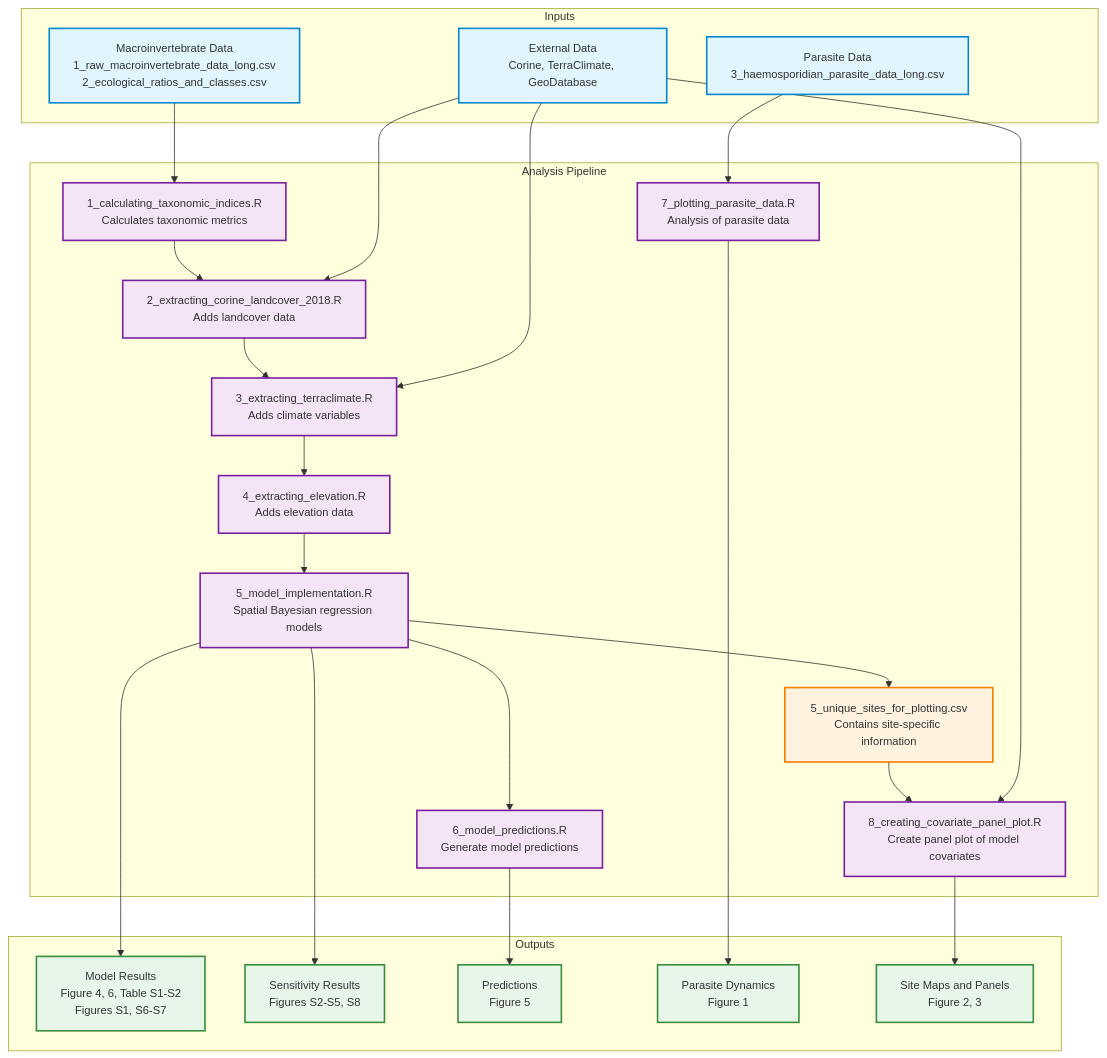
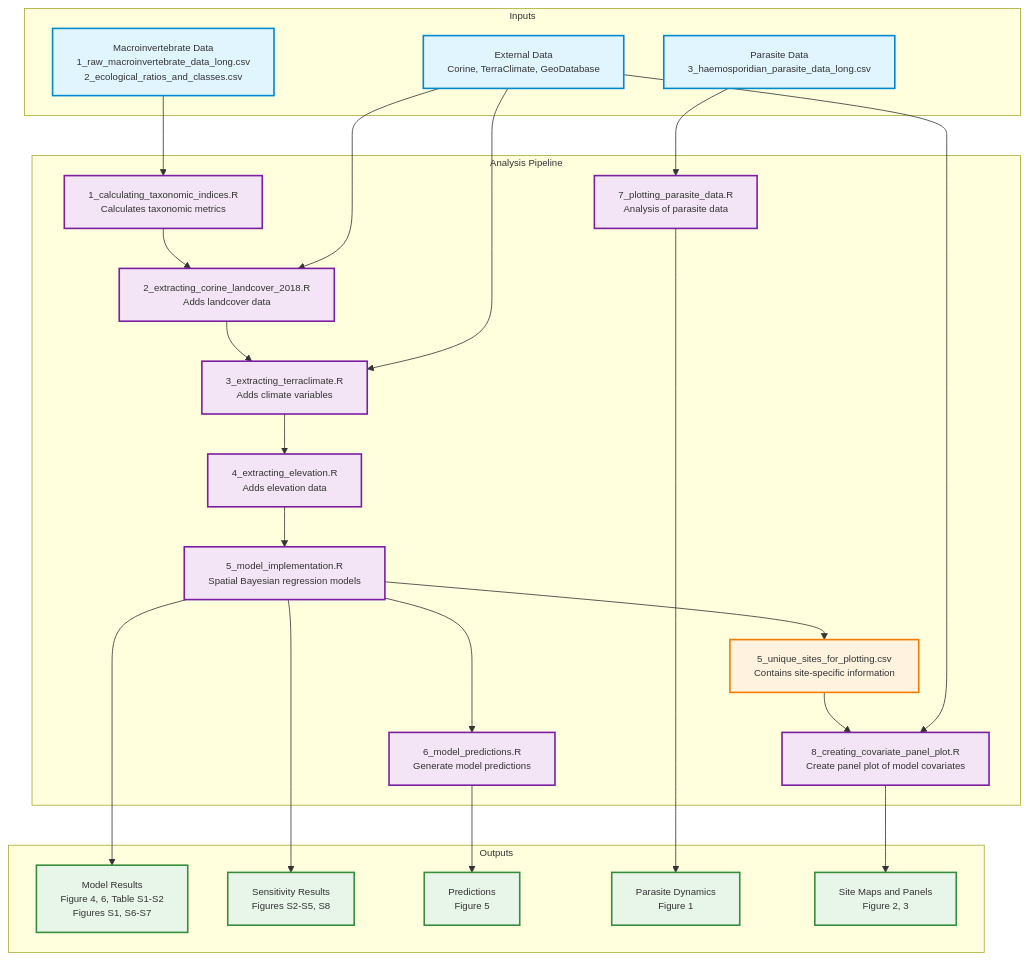
The diagram in README.md (HeeeyNathan/Predicting_vector_abundance_in_Lithuania), drawn with Mermaid before and after one commit.

Commit message:
reduced text size

````diff
--- a/README.md
+++ b/README.md
@@ -151,44 +151,44 @@
 ```mermaid
-%%{init: {'themeVariables': { 'fontSize': '14px'}}}%%
+%%{init: {'themeVariables': { 'fontSize': '12px'}}}%%
 %%{init: {'themeVariables': { 'nodePadding': 12}}}%%
 graph TD
     subgraph Inputs
         R["Macroinvertebrate Data<br/>1_raw_macroinvertebrate_data_long.csv<br/>2_ecological_ratios_and_classes.csv"]
         P["Parasite Data<br/>3_haemosporidian_parasite_data_long.csv"]
         E["External Data<br/>Corine, TerraClimate, GeoDatabase"]
     end
     
     subgraph Analysis Pipeline
         R --> S1["1_calculating_taxonomic_indices.R<br/>Calculates taxonomic metrics"]
         S1 --> S2["2_extracting_corine_landcover_2018.R<br/>Adds landcover data"]
         E --> S2
         S2 --> S3["3_extracting_terraclimate.R<br/>Adds climate variables"]
         E --> S3
         S3 --> S4["4_extracting_elevation.R<br/>Adds elevation data"]
         S4 --> S5["5_model_implementation.R<br/>Spatial Bayesian regression models"]
         S5 --> S6["6_model_predictions.R<br/>Generate model predictions"]
         S5 --> Sites["5_unique_sites_for_plotting.csv<br/>Contains site-specific information"]
         Sites --> S8["8_creating_covariate_panel_plot.R<br/>Create panel plot of model covariates"]
         E --> S8
         P --> S7["7_plotting_parasite_data.R<br/>Analysis of parasite data"]
     end
     
     subgraph Outputs
         S5 --> O1["Model Results<br/>Figure 4, 6, Table S1-S2<br/>Figures S1, S6-S7"]
         S5 --> O2["Sensitivity Results<br/>Figures S2-S5, S8"]
         S6 --> O3["Predictions<br/>Figure 5"]
         S7 --> O4["Parasite Dynamics<br/>Figure 1"]
         S8 --> O5["Site Maps and Panels<br/>Figure 2, 3"]
     end
     
     %% Styling
     classDef input fill:#e1f5fe,stroke:#0288d1,stroke-width:2px;
     classDef script fill:#f3e5f5,stroke:#7b1fa2,stroke-width:2px;
     classDef output fill:#e8f5e9,stroke:#388e3c,stroke-width:2px;
     classDef intermediate fill:#fff3e0,stroke:#f57c00,stroke-width:2px;
     
     class R,P,E input;
     class S1,S2,S3,S4,S5,S6,S7,S8 script;
     class O1,O2,O3,O4,O5 output;
     class Sites intermediate;
 ```
````
